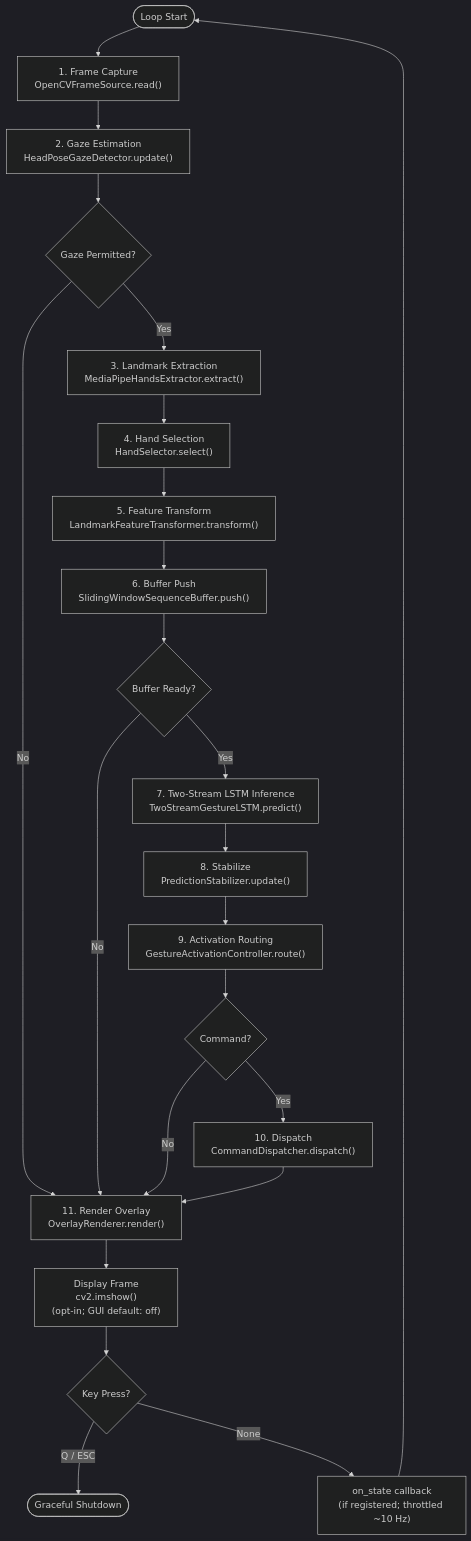
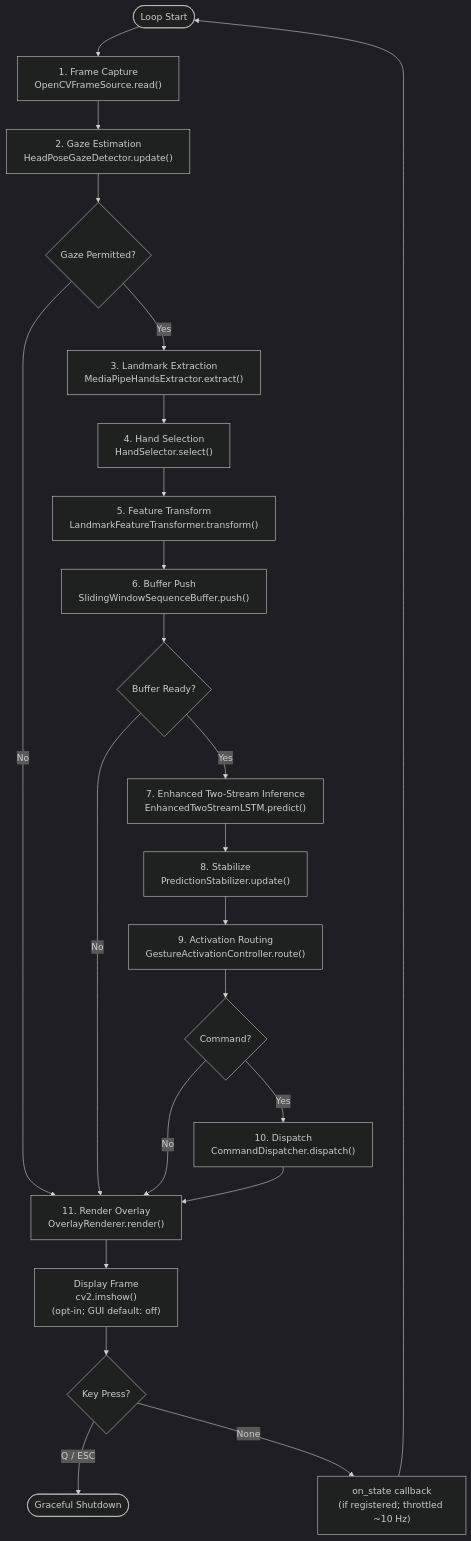
The first of 6 diagrams in docs/architecture/process-view.md (ntsrigaud/Maestro), drawn with Mermaid (dark theme) before and after one commit. The commit also changed other lines of this file and 6 other files, not shown here.

First line of the commit message:
docs(model): align architectural documents with new model defaults

````diff
--- a/docs/architecture/process-view.md
+++ b/docs/architecture/process-view.md
@@ -36,25 +36,25 @@
 ```mermaid
 graph TD
     Start([Loop Start]) --> Capture["1. Frame Capture<br/>OpenCVFrameSource.read()"]
     Capture --> Gaze["2. Gaze Estimation<br/>HeadPoseGazeDetector.update()"]
     Gaze --> GazeOk{Gaze Permitted?}
     GazeOk -->|No| Render
     GazeOk -->|Yes| Extract["3. Landmark Extraction<br/>MediaPipeHandsExtractor.extract()"]
     Extract --> Select["4. Hand Selection<br/>HandSelector.select()"]
     Select --> Transform["5. Feature Transform<br/>LandmarkFeatureTransformer.transform()"]
     Transform --> Buffer["6. Buffer Push<br/>SlidingWindowSequenceBuffer.push()"]
     Buffer --> Ready{Buffer Ready?}
     Ready -->|No| Render
-    Ready -->|Yes| Infer["7. Two-Stream LSTM Inference<br/>TwoStreamGestureLSTM.predict()"]
+    Ready -->|Yes| Infer["7. Enhanced Two-Stream Inference<br/>EnhancedTwoStreamLSTM.predict()"]
     Infer --> Stabilize["8. Stabilize<br/>PredictionStabilizer.update()"]
     Stabilize --> Activate["9. Activation Routing<br/>GestureActivationController.route()"]
     Activate --> HasCmd{Command?}
     HasCmd -->|Yes| Dispatch["10. Dispatch<br/>CommandDispatcher.dispatch()"]
     HasCmd -->|No| Render
     Dispatch --> Render["11. Render Overlay<br/>OverlayRenderer.render()"]
     Render --> Display["Display Frame<br/>cv2.imshow()<br/>(opt-in; GUI default: off)"]
     Display --> KeyCheck{Key Press?}
     KeyCheck -->|Q / ESC| Shutdown([Graceful Shutdown])
     KeyCheck -->|None| Callback["on_state callback<br/>(if registered; throttled ~10 Hz)"]
     Callback --> Start
 ```
````
